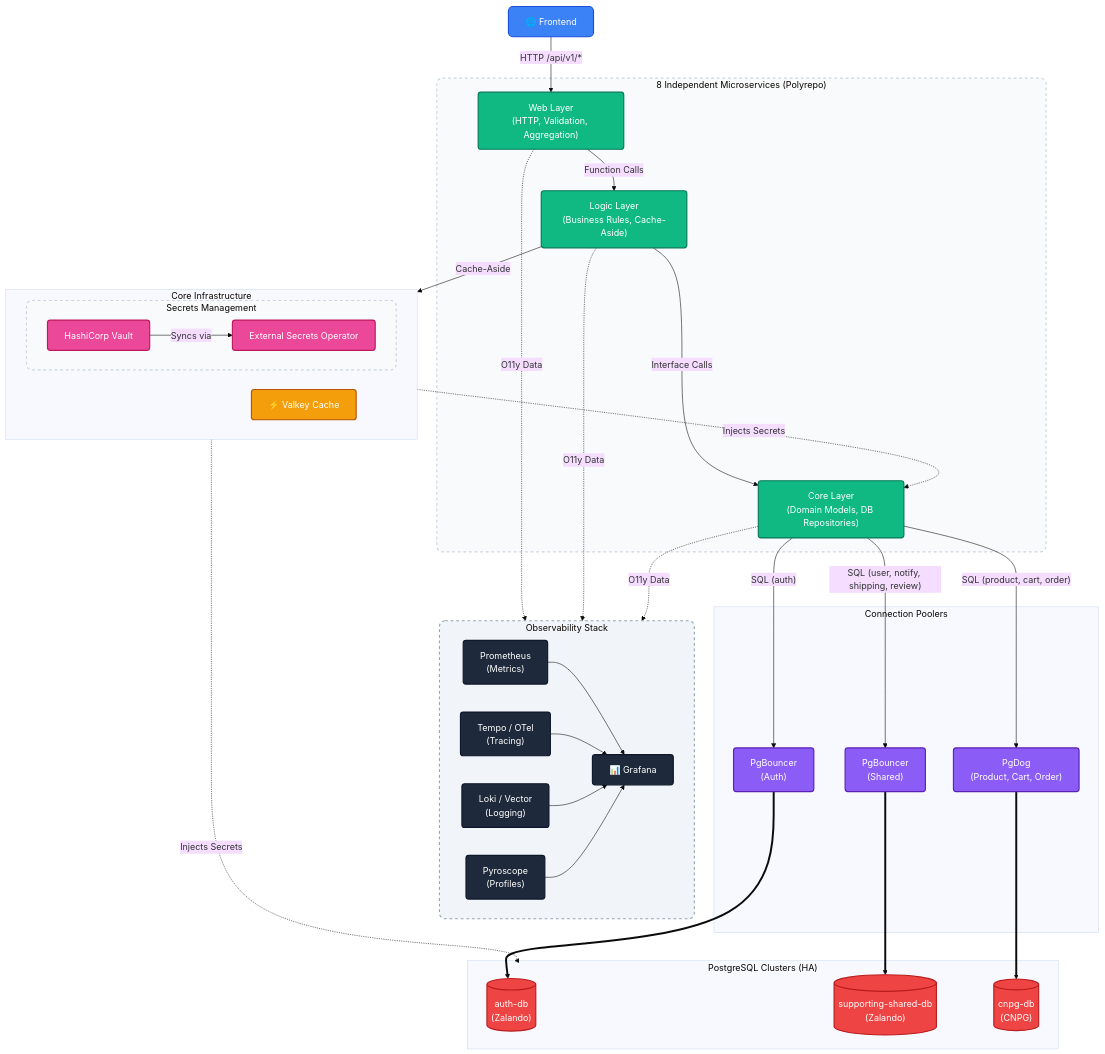
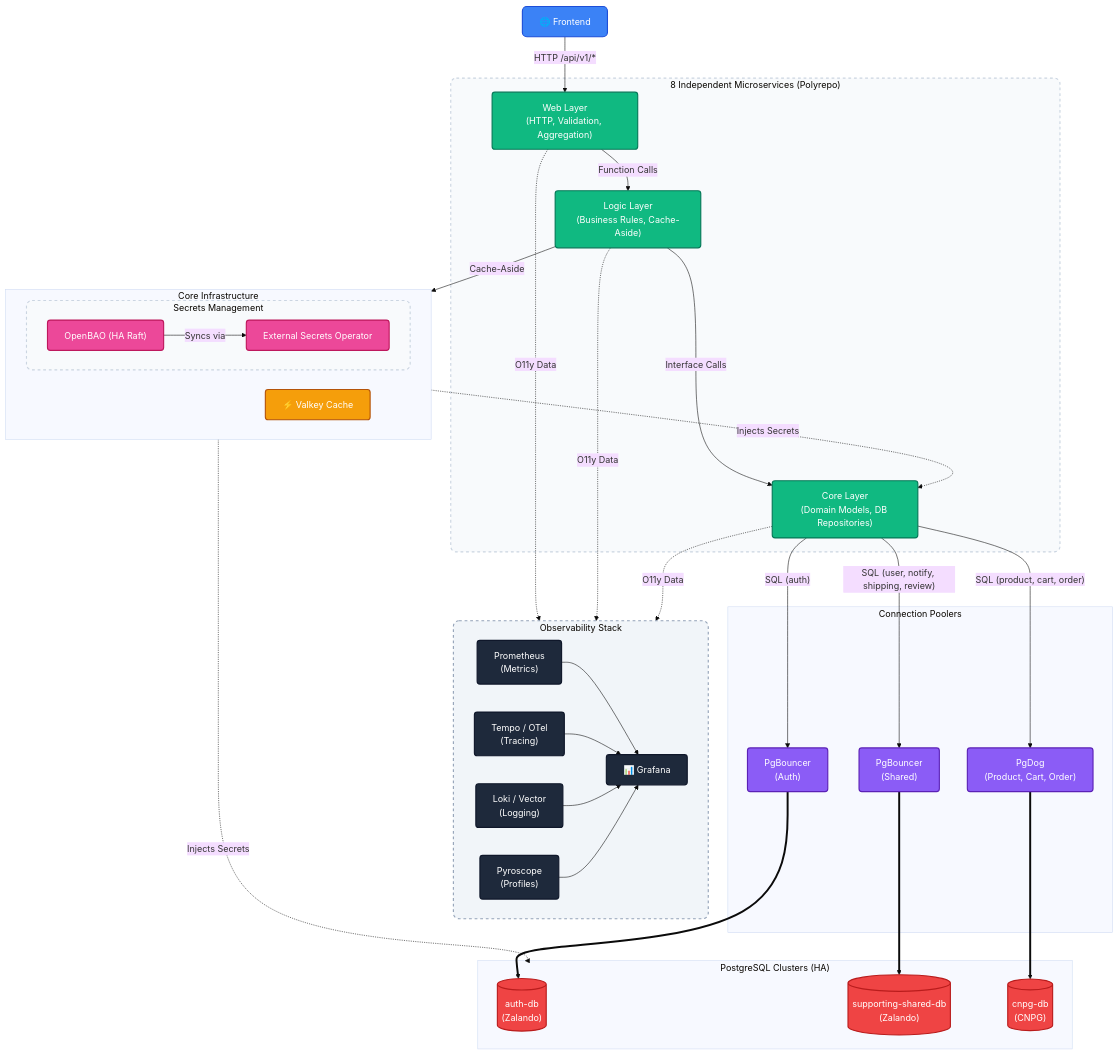
Before and after one commit to duynhlab/homelab: the diagram in README.md, drawn with Mermaid (base theme). The commit also changed 70 other files, not shown here.

Commit message:
chore: migrate vault to openbao, add k8s alerts, update secrets and infra configs

```diff
--- a/README.md
+++ b/README.md
@@ -72,9 +72,9 @@
         direction LR
         valkey["⚡ Valkey Cache"]:::cache
         subgraph SecretsDev ["Secrets Management"]
-            vault["HashiCorp Vault"]:::secret
+            openbao["OpenBAO (HA Raft)"]:::secret
             eso["External Secrets Operator"]:::secret
-            vault -->|"Syncs via"| eso
+            openbao -->|"Syncs via"| eso
         end
     end
 
```
